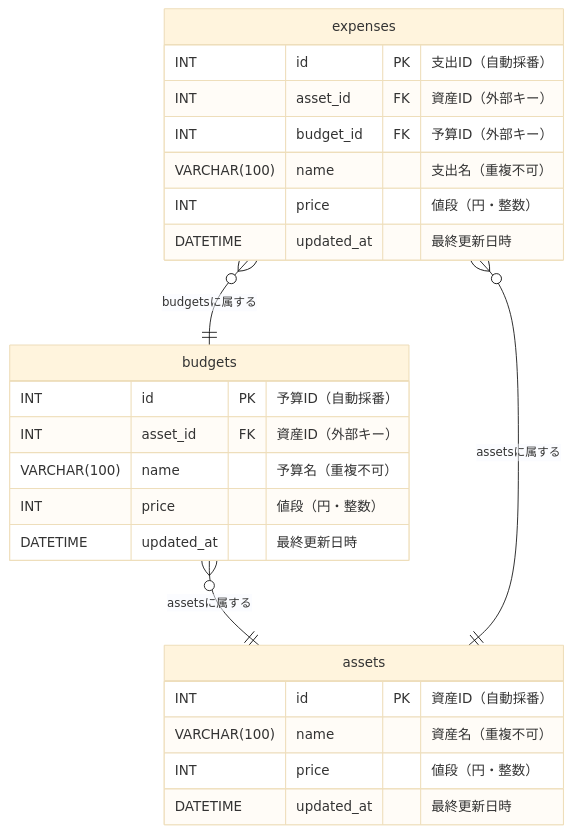
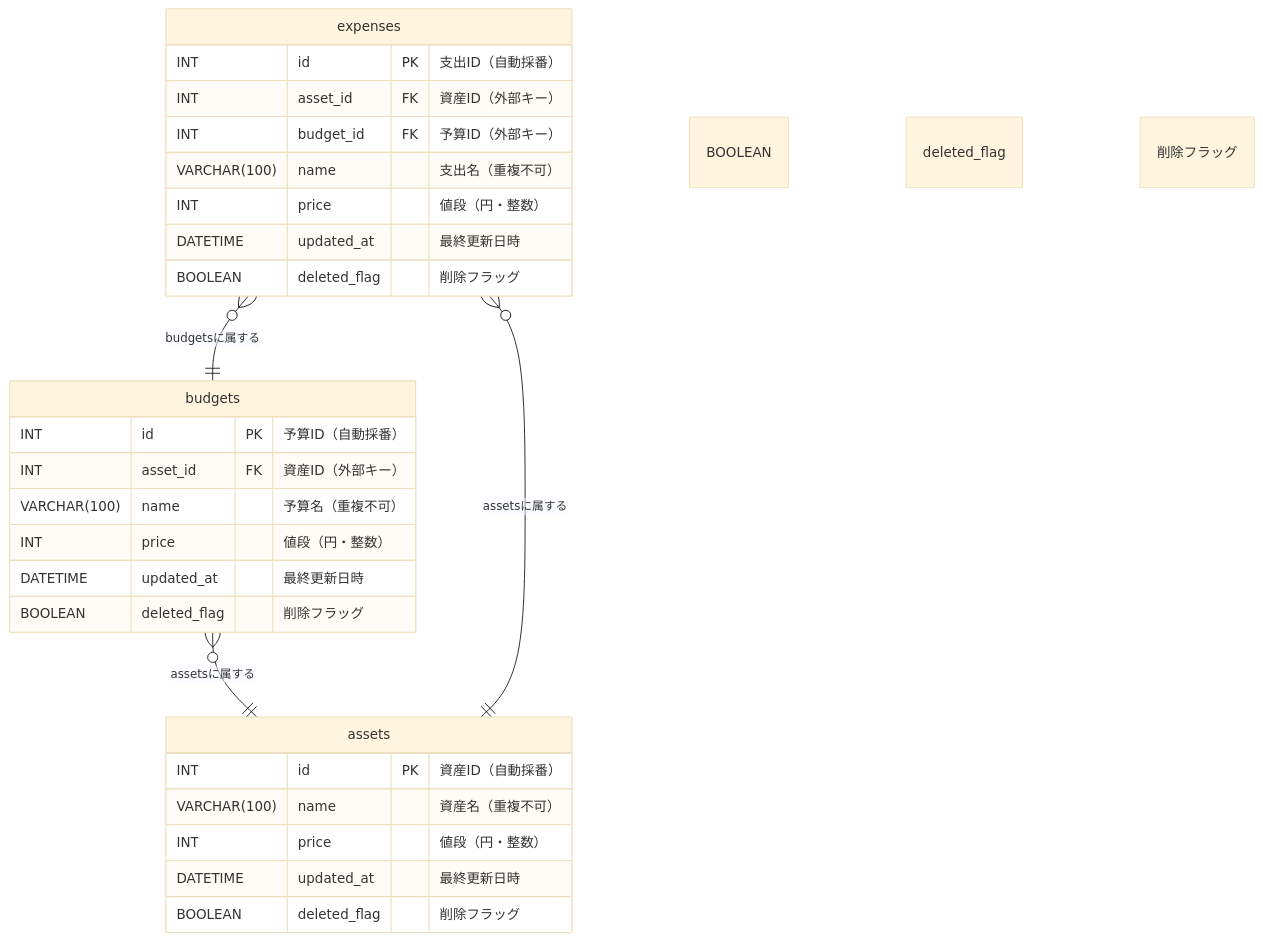
One commit to nagaiyume-pg/monage changed the diagram in db-schema.md. Above: the diagram before and after it, drawn with Mermaid (base theme). The commit also changed other lines of this file, not shown here.

````diff
--- a/db-schema.md
+++ b/db-schema.md
@@ -71,32 +83,36 @@
 ```mermaid
 
 erDiagram
     assets {
         INT id PK "資産ID（自動採番）"
         VARCHAR(100) name "資産名（重複不可）"
         INT price "値段（円・整数）"
         DATETIME updated_at "最終更新日時"
+        BOOLEAN deleted_flag "削除フラッグ"
     }
 
     budgets {
         INT id PK "予算ID（自動採番）"
         INT asset_id FK "資産ID（外部キー）"
         VARCHAR(100) name "予算名（重複不可）"
         INT price "値段（円・整数）"
         DATETIME updated_at "最終更新日時"
+        BOOLEAN deleted_flag "削除フラッグ"
     }
 
     expenses {
         INT id PK "支出ID（自動採番）"
         INT asset_id FK "資産ID（外部キー）"
         INT budget_id FK "予算ID（外部キー）"
         VARCHAR(100) name "支出名（重複不可）"
         INT price "値段（円・整数）"
         DATETIME updated_at "最終更新日時"
+        BOOLEAN deleted_flag "削除フラッグ"
     }
 
     budgets }o--|| assets : "assetsに属する"
     expenses }o--|| assets : "assetsに属する"
     expenses }o--|| budgets : "budgetsに属する"
+    BOOLEAN deleted_flag "削除フラッグ"
 
 ```
````
